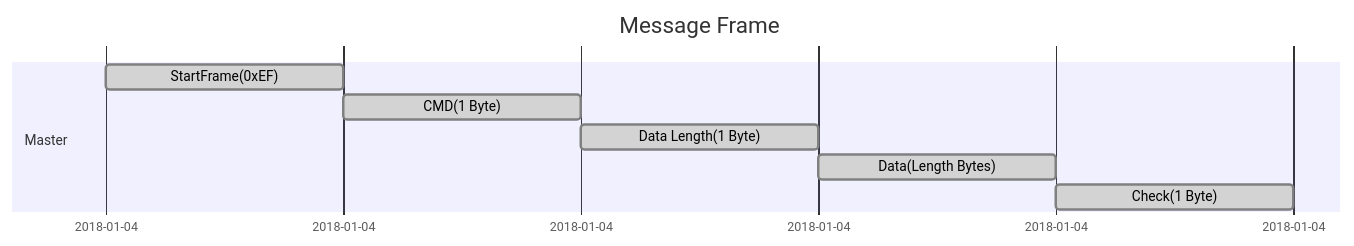
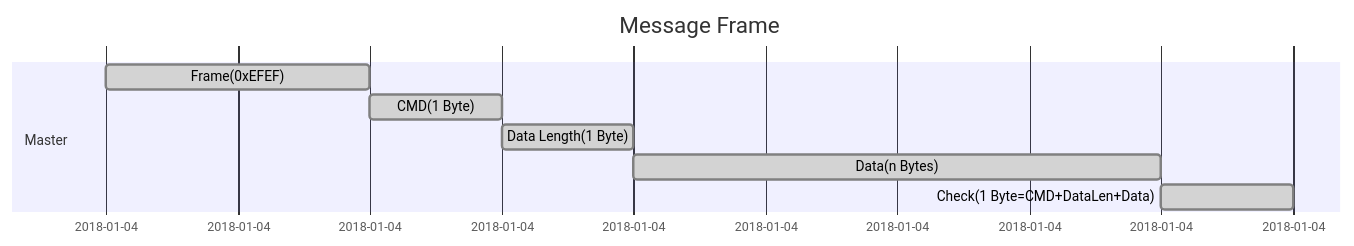
The second of 2 diagrams in Doc/SlaveMessage.md (savent404/AttendanceMachine), drawn with Mermaid before and after one commit. The commit also changed 1 other file, not shown here.

Commit message:
更新流程图

````diff
--- a/Doc/SlaveMessage.md
+++ b/Doc/SlaveMessage.md
@@ -51,12 +51,12 @@
 ```mermaid
 gantt
 dateFormat  SSS
 title Message Frame
 
 section Master
-StartFrame(0xEF)  :done, 000, 001
-CMD(1 Byte) :done, 001, 002
-Data Length(1 Byte) : done, 002, 003
-Data(Length Bytes) : done, 003, 004
-Check(1 Byte) :done, 004, 005
+Frame(0xEFEF)  :done, 000, 002
+CMD(1 Byte) :done, 002, 003
+Data Length(1 Byte) : done, 003, 004
+Data(n Bytes) : done, 004, 008
+Check(1 Byte=CMD+DataLen+Data) :done, 008, 009
 ```
````
